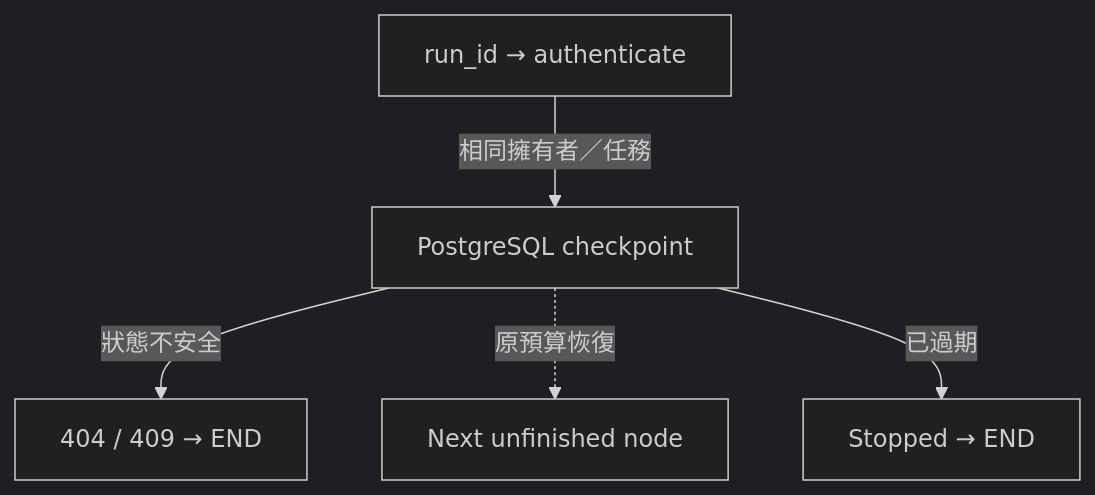
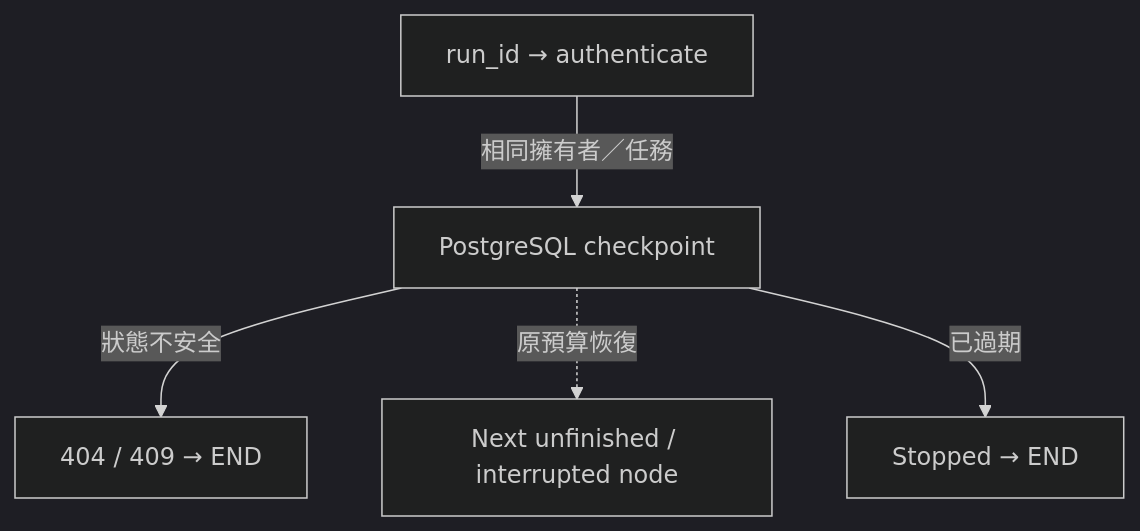
Before and after one commit to ByronHo68/ai-learning-academy: the diagram in public/downloads/finance-diagrams/recovery-zh.mmd, drawn with Mermaid (dark theme). The commit also changed 64 other files, not shown here.

```diff
--- a/public/downloads/finance-diagrams/recovery-zh.mmd
+++ b/public/downloads/finance-diagrams/recovery-zh.mmd
@@ -1,10 +1,10 @@
 flowchart TD
   n0["run_id → authenticate"]
   n1["PostgreSQL checkpoint"]
   n2["404 / 409 → END"]
-  n3["Next unfinished node"]
+  n3["Next unfinished / interrupted node"]
   n4["Stopped → END"]
   n0 -- "相同擁有者／任務" --> n1
   n1 -- "狀態不安全" --> n2
   n1 -. "原預算恢復" .-> n3
   n1 -- "已過期" --> n4
```
